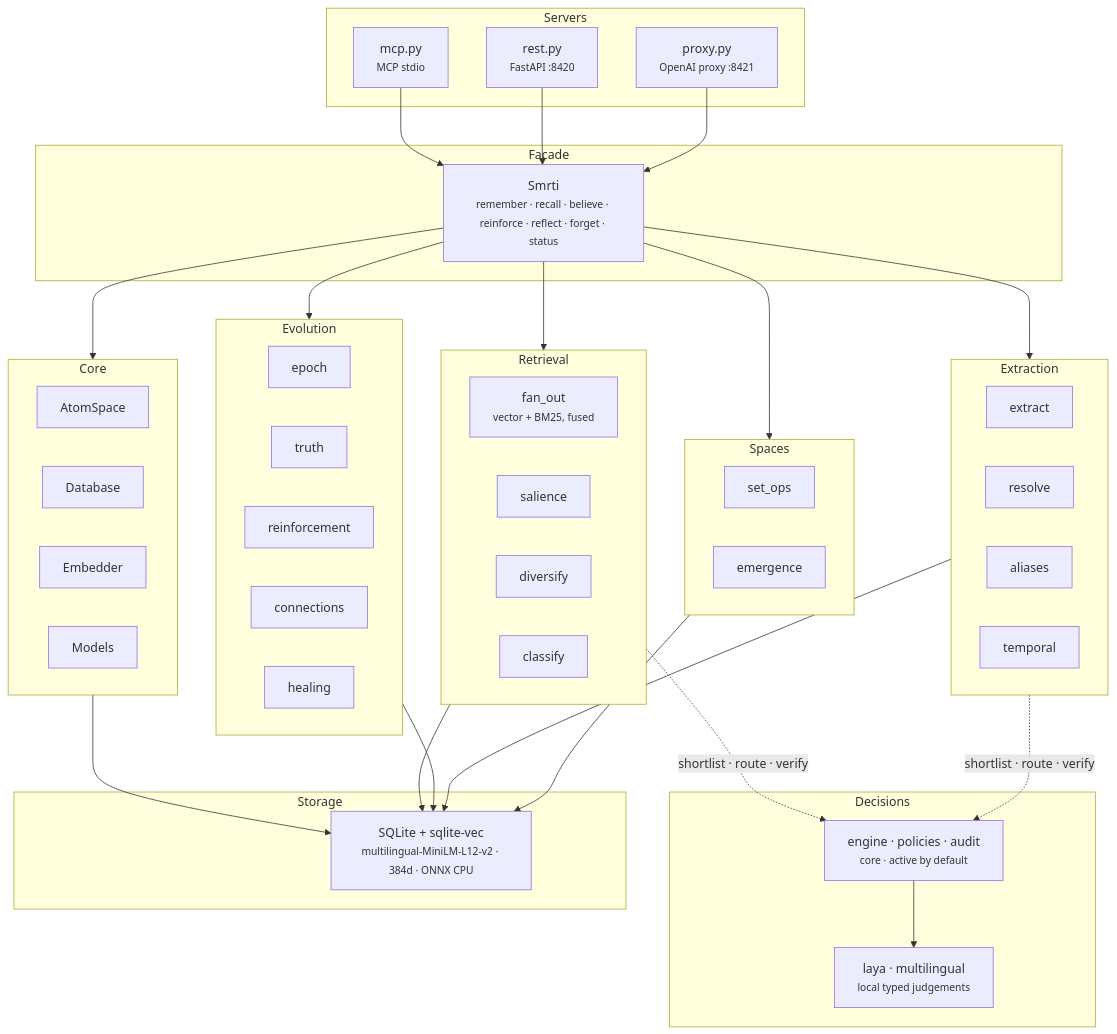
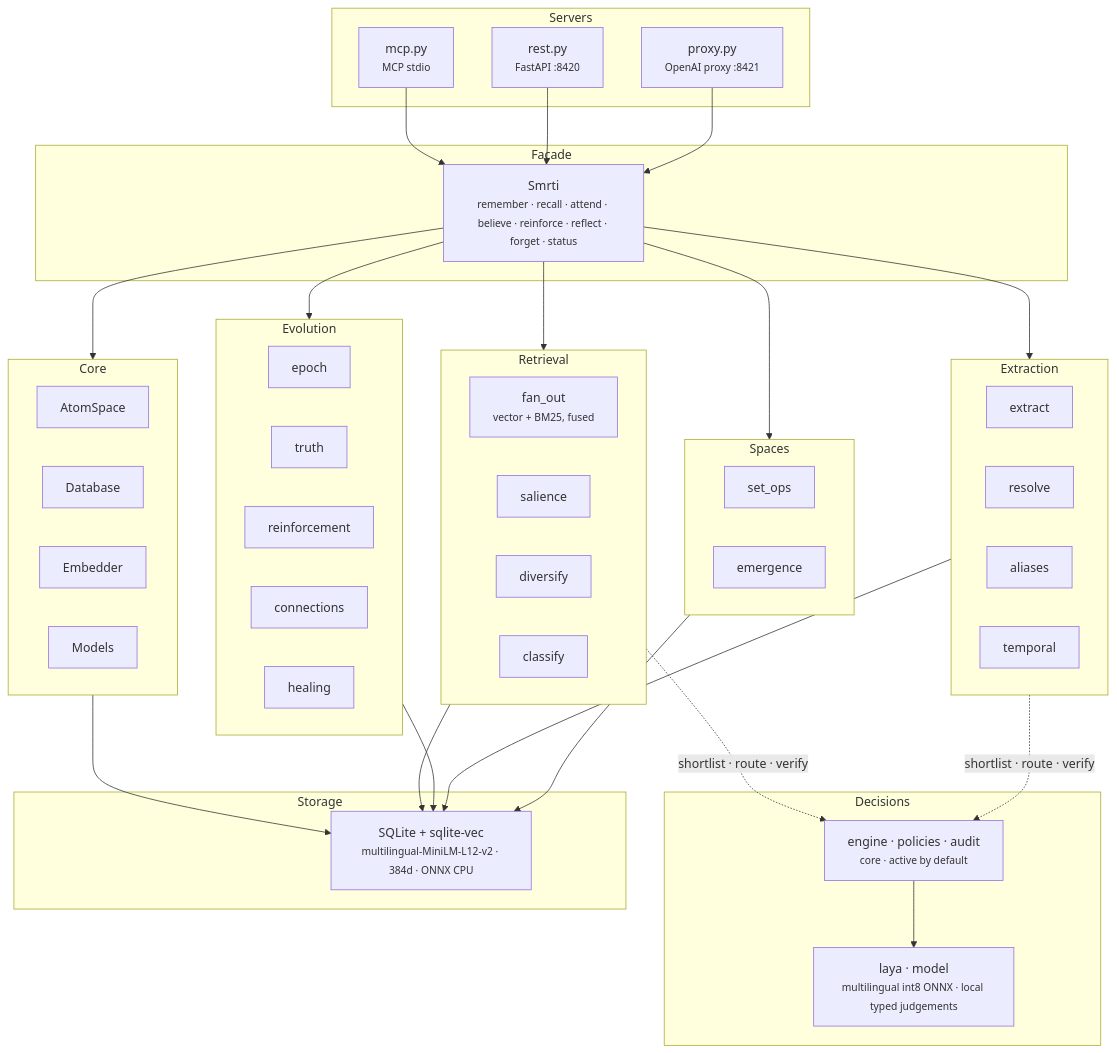
One commit to cyqlelabs/smrti changed the diagram in README.md. Above: the diagram before and after it, drawn with Mermaid. The commit also changed other lines of this file and 4 other files, not shown here.

````diff
--- a/README.md
+++ b/README.md
@@ -477,61 +484,61 @@
 ```mermaid
 graph TD
     subgraph Facade
-        S["Smrti<br/><small>remember · recall · believe · reinforce · reflect · forget · status</small>"]
+        S["Smrti<br/><small>remember · recall · attend · believe · reinforce · reflect · forget · status</small>"]
     end
 
     subgraph Servers
         MCP["mcp.py<br/><small>MCP stdio</small>"]
         REST["rest.py<br/><small>FastAPI :8420</small>"]
         PROXY["proxy.py<br/><small>OpenAI proxy :8421</small>"]
     end
 
     subgraph Core
         AS["AtomSpace"]
         DB["Database"]
         EMB["Embedder"]
         MOD["Models"]
     end
 
     subgraph Retrieval
         FAN["fan_out<br/><small>vector + BM25, fused</small>"]
         SAL["salience"]
         DIV["diversify"]
         CLS["classify"]
     end
 
     subgraph Evolution
         EPO["epoch"]
         TRU["truth"]
         REI["reinforcement"]
         CON["connections"]
         HEA["healing"]
     end
 
     subgraph Spaces
         SOP["set_ops"]
         EMG["emergence"]
     end
 
     subgraph Extraction
         EXT["extract"]
         RES["resolve"]
         ALI["aliases"]
         TMP["temporal"]
     end
 
     subgraph Decisions
         DEC["engine · policies · audit<br/><small>core · active by default</small>"]
-        LAYA["laya · multilingual<br/><small>local typed judgements</small>"]
+        LAYA["laya · model<br/><small>multilingual int8 ONNX · local typed judgements</small>"]
     end
 
     subgraph Storage
         SQL["SQLite + sqlite-vec<br/><small>multilingual-MiniLM-L12-v2 · 384d · ONNX CPU</small>"]
     end
 
     MCP & REST & PROXY --> S
     S --> Core & Retrieval & Evolution & Extraction & Spaces
     Retrieval & Extraction -.->|"shortlist · route · verify"| DEC
     DEC --> LAYA
     Core & Retrieval & Evolution & Extraction & Spaces --> SQL
 ```
````
